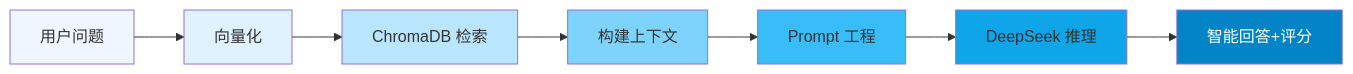
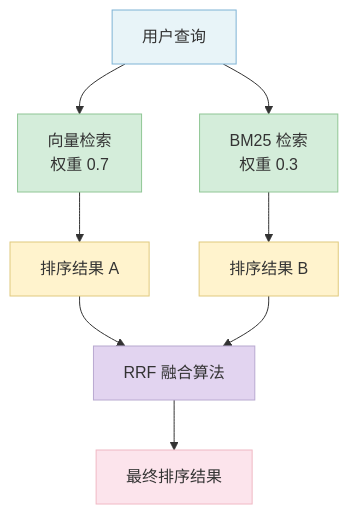
Diagram 13 of 17 in docs/blog.md (xt765/ResumeScreening), drawn with Mermaid before and after one commit. The commit also changed other lines of this file and 4 other files, not shown here.

````diff
--- a/docs/blog.md
+++ b/docs/blog.md
@@ -491,17 +625,21 @@
 ```mermaid
-graph LR
-    Input[用户问题] --> Embed[向量化]
-    Embed --> Search[ChromaDB 检索]
-    Search --> Context[构建上下文]
-    Context --> Prompt[Prompt 工程]
-    Prompt --> LLM[DeepSeek 推理]
-    LLM --> Answer[智能回答+评分]
+flowchart TD
+    Query[用户查询] --> Vector[向量检索<br/>权重 0.7]
+    Query --> BM25[BM25 检索<br/>权重 0.3]
     
-    style Input fill:#eff6ff
-    style Embed fill:#e0f2fe
-    style Search fill:#bae6fd
-    style Context fill:#7dd3fc
-    style Prompt fill:#38bdf8
-    style LLM fill:#0ea5e9
-    style Answer fill:#0284c7,color:#fff
+    Vector --> R1[排序结果 A]
+    BM25 --> R2[排序结果 B]
+    
+    R1 --> RRF[RRF 融合算法]
+    R2 --> RRF
+    
+    RRF --> Final[最终排序结果]
+    
+    style Query fill:#e8f4f8,stroke:#7fb3d5
+    style Vector fill:#d4edda,stroke:#90c695
+    style BM25 fill:#d4edda,stroke:#90c695
+    style R1 fill:#fff3cd,stroke:#e0c97f
+    style R2 fill:#fff3cd,stroke:#e0c97f
+    style RRF fill:#e2d4f0,stroke:#b8a9d0
+    style Final fill:#fce4ec,stroke:#f0b8c4
 ```
````
